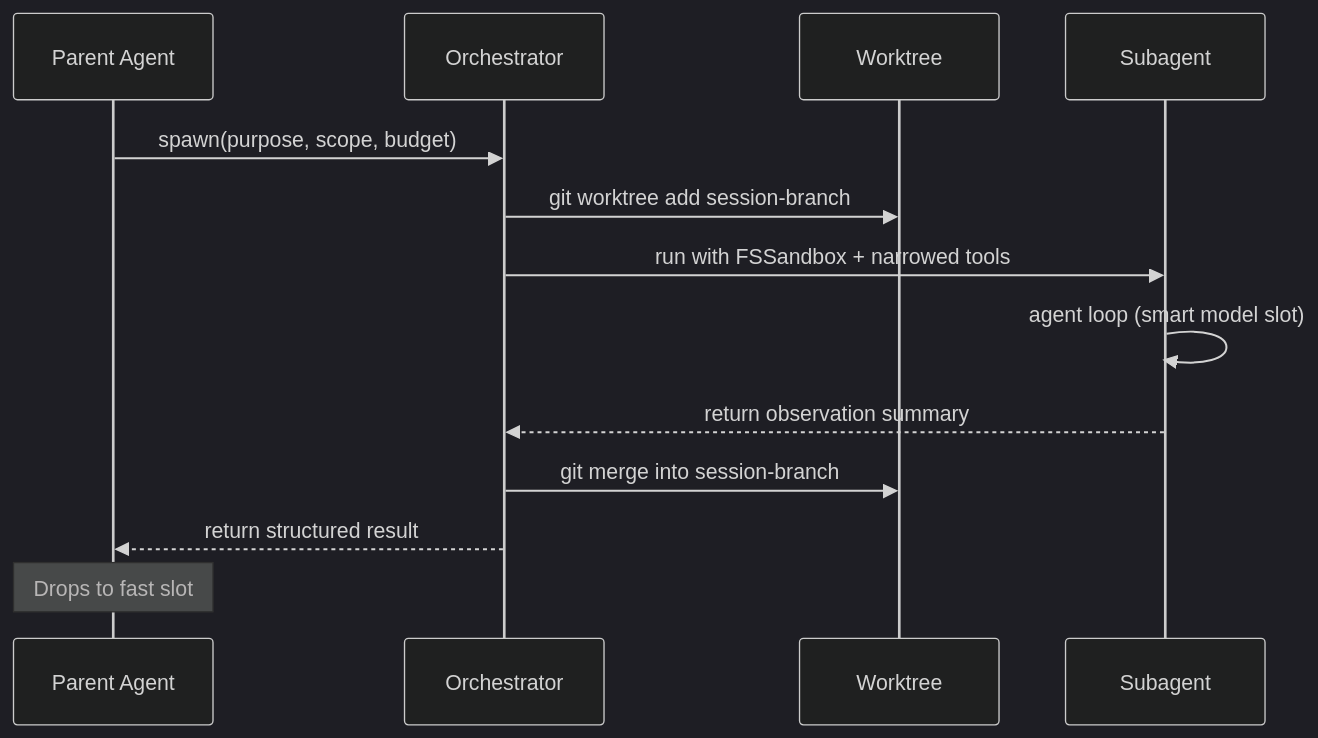
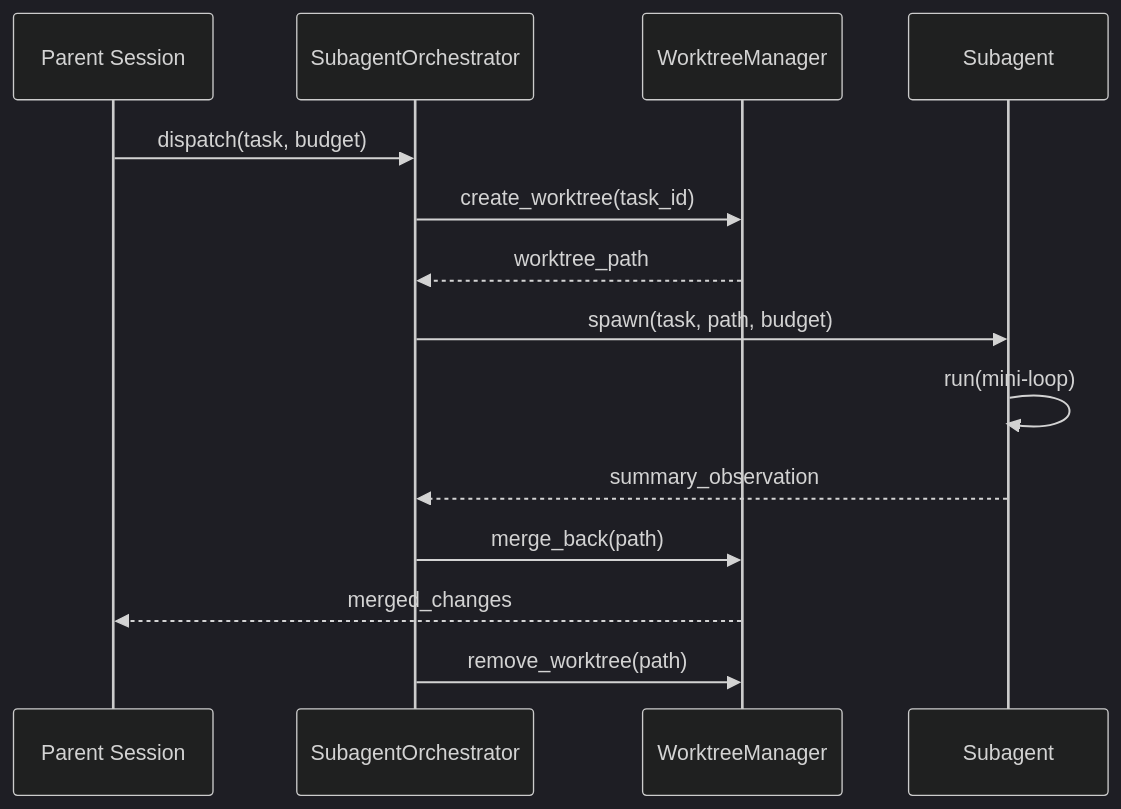
The diagram in docs/concepts/04-subagents.md (ndqkhanh/lyra), drawn with Mermaid (dark theme) before and after one commit. The commit also changed other lines of this file and 65 other files, not shown here.

````diff
--- a/docs/concepts/04-subagents.md
+++ b/docs/concepts/04-subagents.md
@@ -41,15 +13,17 @@
 ```mermaid
 sequenceDiagram
-    participant Parent as Parent Agent
-    participant Orch as Orchestrator
-    participant WT as Worktree
+    participant P as Parent Session
+    participant O as SubagentOrchestrator
+    participant WM as WorktreeManager
     participant SA as Subagent
-    Parent->>Orch: spawn(purpose, scope, budget)
-    Orch->>WT: git worktree add session-branch
-    Orch->>SA: run with FSSandbox + narrowed tools
-    SA->>SA: agent loop (smart model slot)
-    SA-->>Orch: return observation summary
-    Orch->>WT: git merge into session-branch
-    Orch-->>Parent: return structured result
-    Note over Parent: Drops to fast slot
+    
+    P->>O: dispatch(task, budget)
+    O->>WM: create_worktree(task_id)
+    WM-->>O: worktree_path
+    O->>SA: spawn(task, path, budget)
+    SA->>SA: run(mini-loop)
+    SA-->>O: summary_observation
+    O->>WM: merge_back(path)
+    WM-->>P: merged_changes
+    O->>WM: remove_worktree(path)
 ```
````
